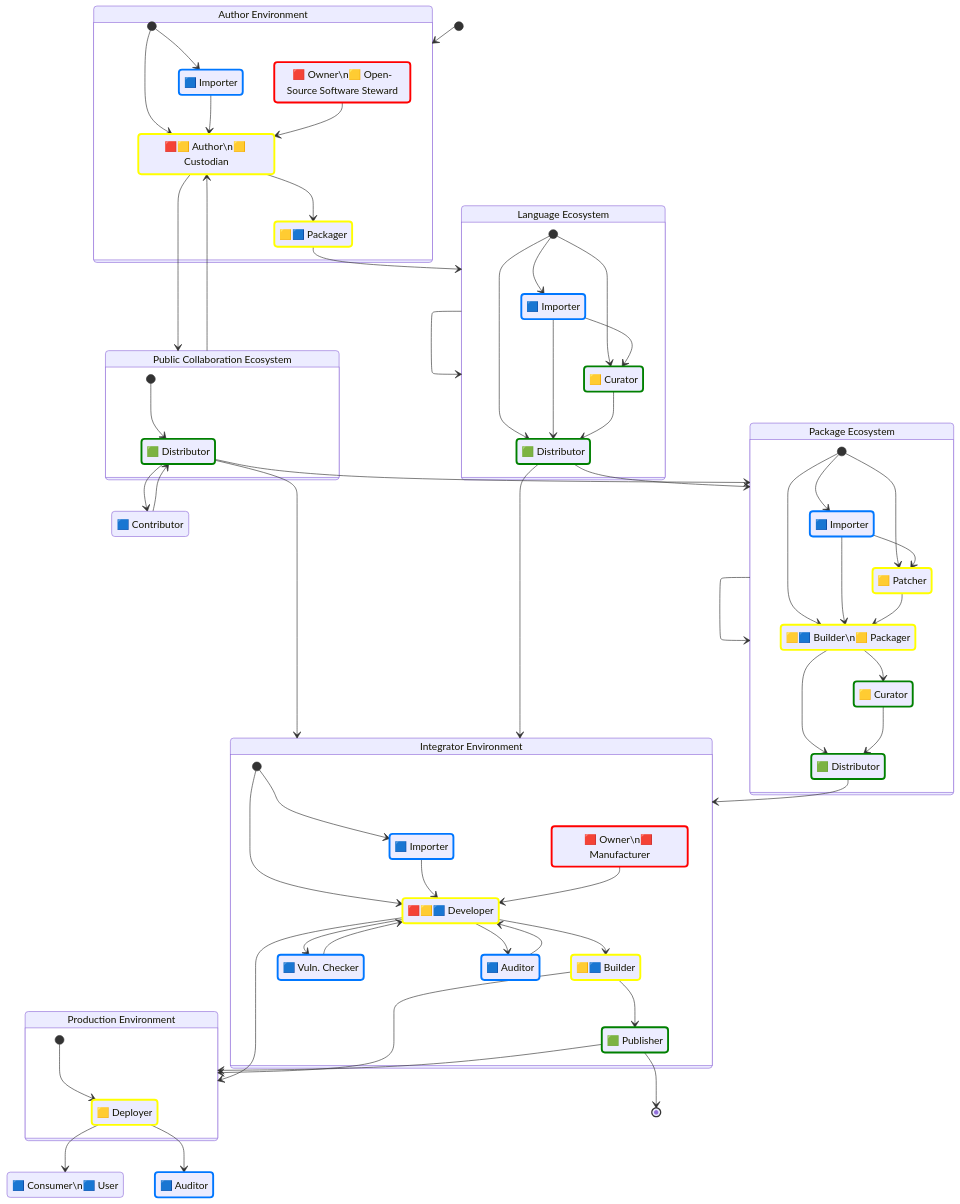
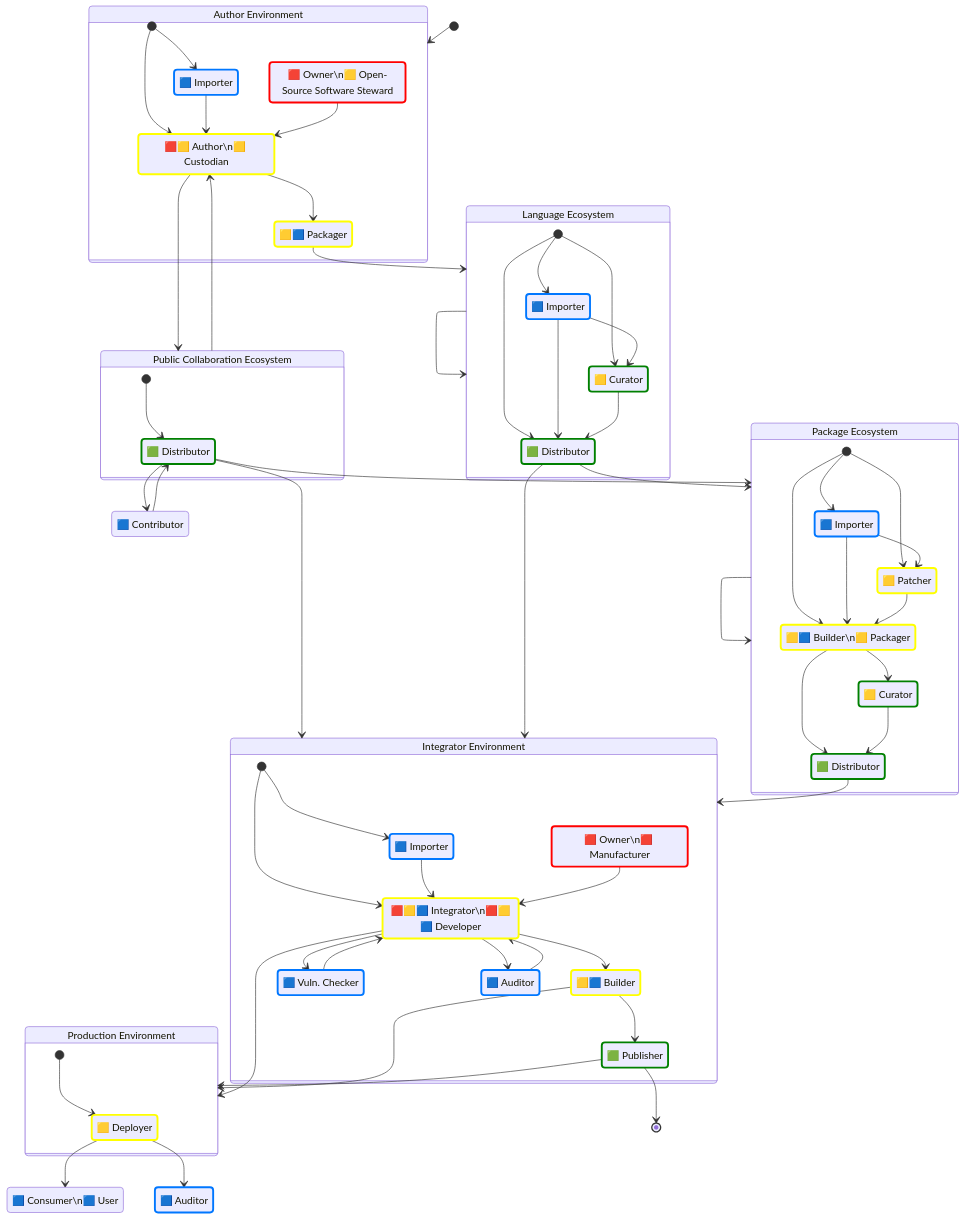
One commit to CPAN-Security/security.metacpan.org changed the diagram in docs/supplychain-sbom.md. Above: the diagram before and after it, drawn with Mermaid. The commit also changed other lines of this file, not shown here.

Commit message:
Add 'Integrator' to graph; Mention CDX 1.6; Add CDX locations for some fields.

```diff
--- a/docs/supplychain-sbom.md
+++ b/docs/supplychain-sbom.md
@@ -69,7 +69,7 @@
     state "🟩 Distributor" as package_distributor
     state "🟦 Importer" as integrator_importer
     state "🟥 Owner\n🟥 Manufacturer" as integrator_owner
-    state "🟥🟨🟦 Developer" as integrator_developer
+    state "🟥🟨🟦 Integrator\n🟥🟨🟦 Developer" as integrator_developer
     state "🟩 Publisher" as integrator_publisher
     state "🟨🟦 Builder" as integrator_builder
     state "🟨 Deployer" as deployer
```
